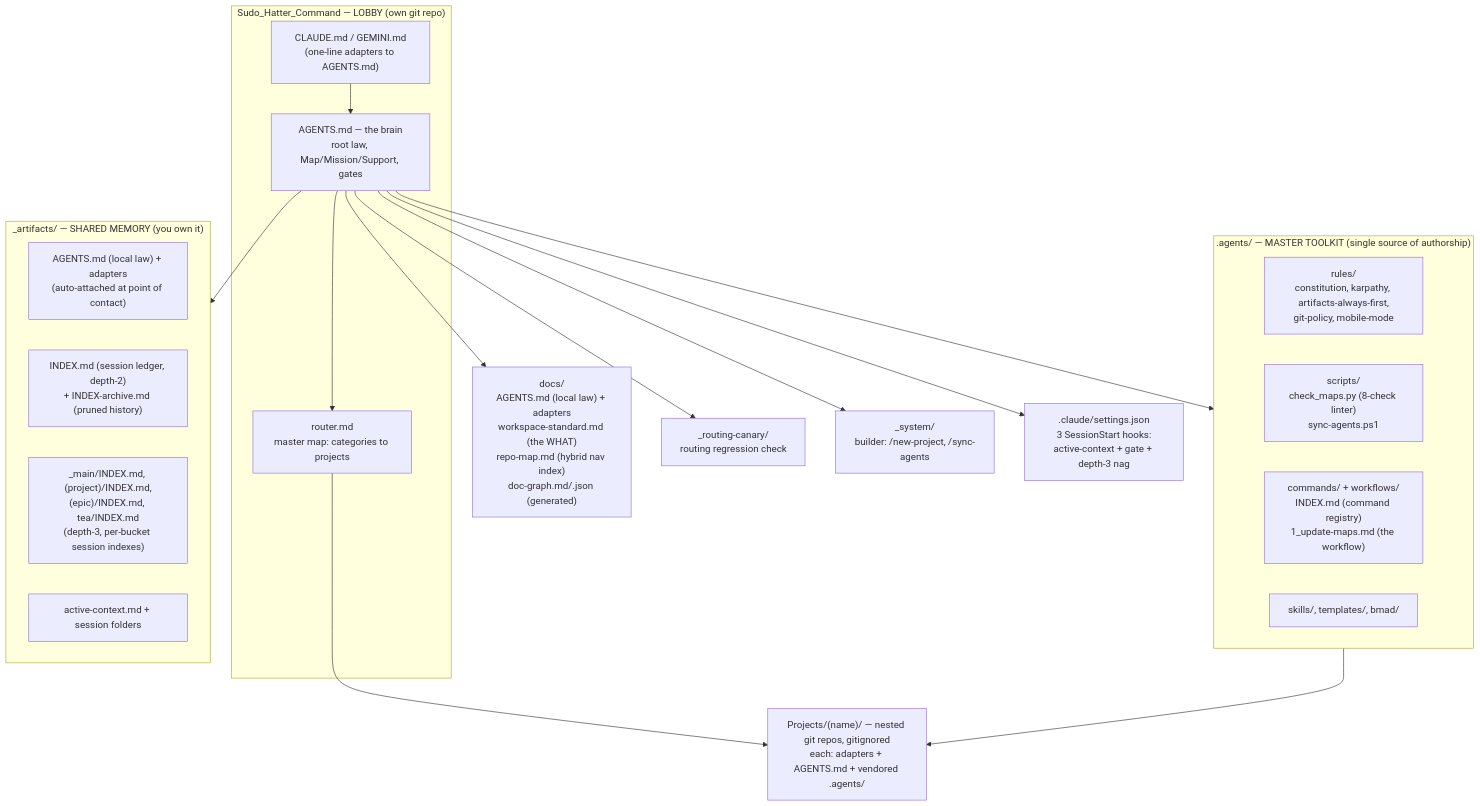
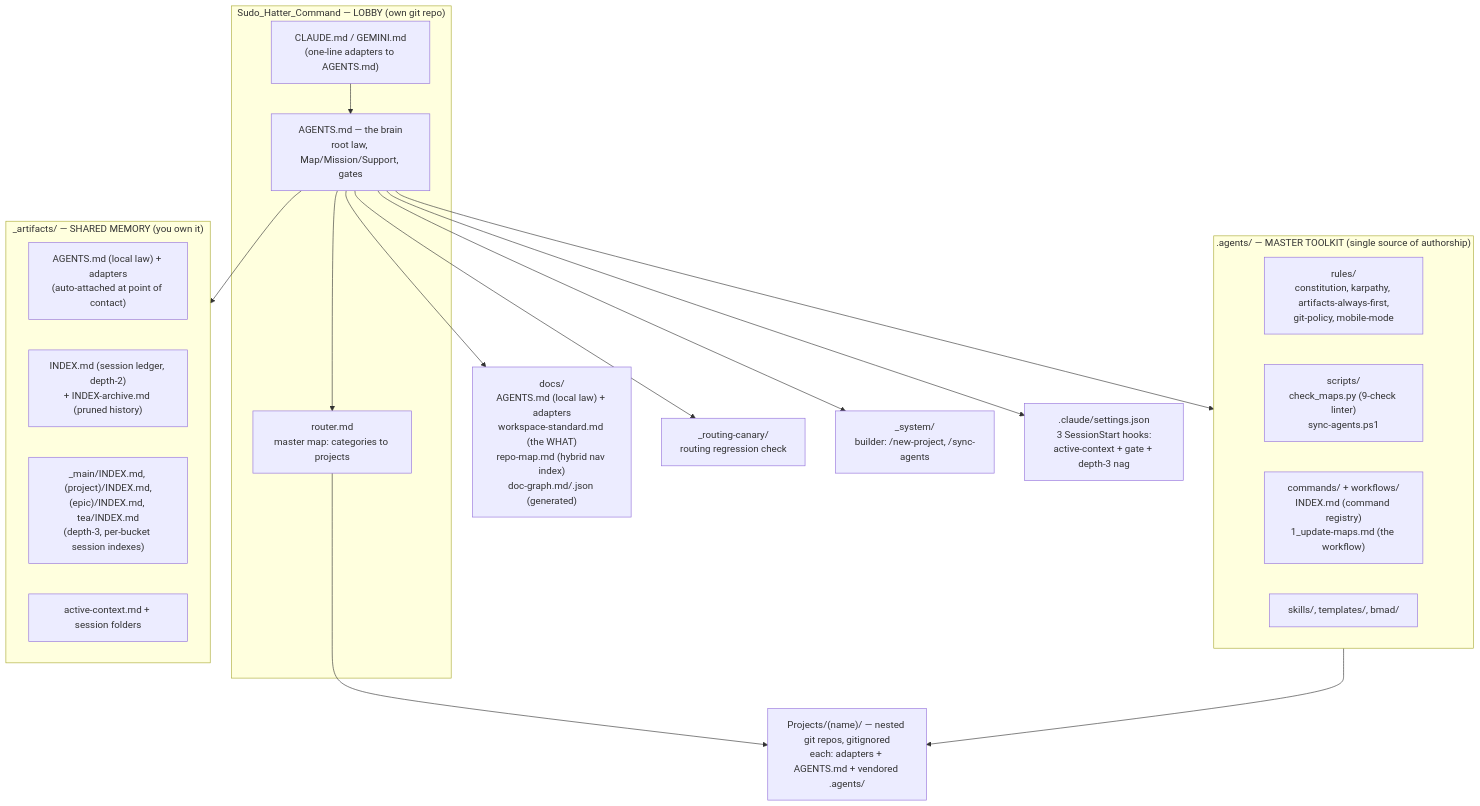
Before and after one commit to sudomadhatter/Sudo_Hatter_Command: the first of 7 diagrams in _my_resources/diagrams_guides/system/file_folder_structure+maintaining.md, drawn with Mermaid. The commit also changed other lines of this file and 8 other files, not shown here.

````diff
--- a/_my_resources/diagrams_guides/system/file_folder_structure+maintaining.md
+++ b/_my_resources/diagrams_guides/system/file_folder_structure+maintaining.md
@@ -11,39 +11,39 @@
 ```mermaid
 flowchart TD
     subgraph LOBBY ["Sudo_Hatter_Command — LOBBY (own git repo)"]
         ADP["CLAUDE.md / GEMINI.md\n(one-line adapters to AGENTS.md)"]
         BRAIN["AGENTS.md — the brain\nroot law, Map/Mission/Support, gates"]
         ROUTER["router.md\nmaster map: categories to projects"]
         ADP --> BRAIN
         BRAIN --> ROUTER
     end
 
     subgraph TOOLKIT [".agents/ — MASTER TOOLKIT (single source of authorship)"]
         RULES["rules/\nconstitution, karpathy, artifacts-always-first,\ngit-policy, mobile-mode"]
-        SCRIPTS["scripts/\ncheck_maps.py (8-check linter)\nsync-agents.ps1"]
+        SCRIPTS["scripts/\ncheck_maps.py (9-check linter)\nsync-agents.ps1"]
         CMDS["commands/ + workflows/\nINDEX.md (command registry)\n1_update-maps.md (the workflow)"]
         OTHER["skills/, templates/, bmad/"]
     end
 
     subgraph MEM ["_artifacts/ — SHARED MEMORY (you own it)"]
         LAW["AGENTS.md (local law) + adapters\n(auto-attached at point of contact)"]
         INDEX["INDEX.md (session ledger, depth-2)\n+ INDEX-archive.md (pruned history)"]
         DEPTH3["_main/INDEX.md, (project)/INDEX.md,\n(epic)/INDEX.md, tea/INDEX.md\n(depth-3, per-bucket session indexes)"]
         STORE["active-context.md + session folders"]
     end
 
     DOCS["docs/\nAGENTS.md (local law) + adapters\nworkspace-standard.md (the WHAT)\nrepo-map.md (hybrid nav index)\ndoc-graph.md/.json (generated)"]
     CANARY["_routing-canary/\nrouting regression check"]
     SYS["_system/\nbuilder: /new-project, /sync-agents"]
     SETTINGS[".claude/settings.json\n3 SessionStart hooks:\nactive-context + gate + depth-3 nag"]
     PROJ["Projects/(name)/ — nested git repos, gitignored\neach: adapters + AGENTS.md + vendored .agents/"]
 
     BRAIN --> TOOLKIT
     BRAIN --> MEM
     BRAIN --> DOCS
     BRAIN --> CANARY
     BRAIN --> SYS
     BRAIN --> SETTINGS
     ROUTER --> PROJ
     TOOLKIT --> PROJ
 ```
````
